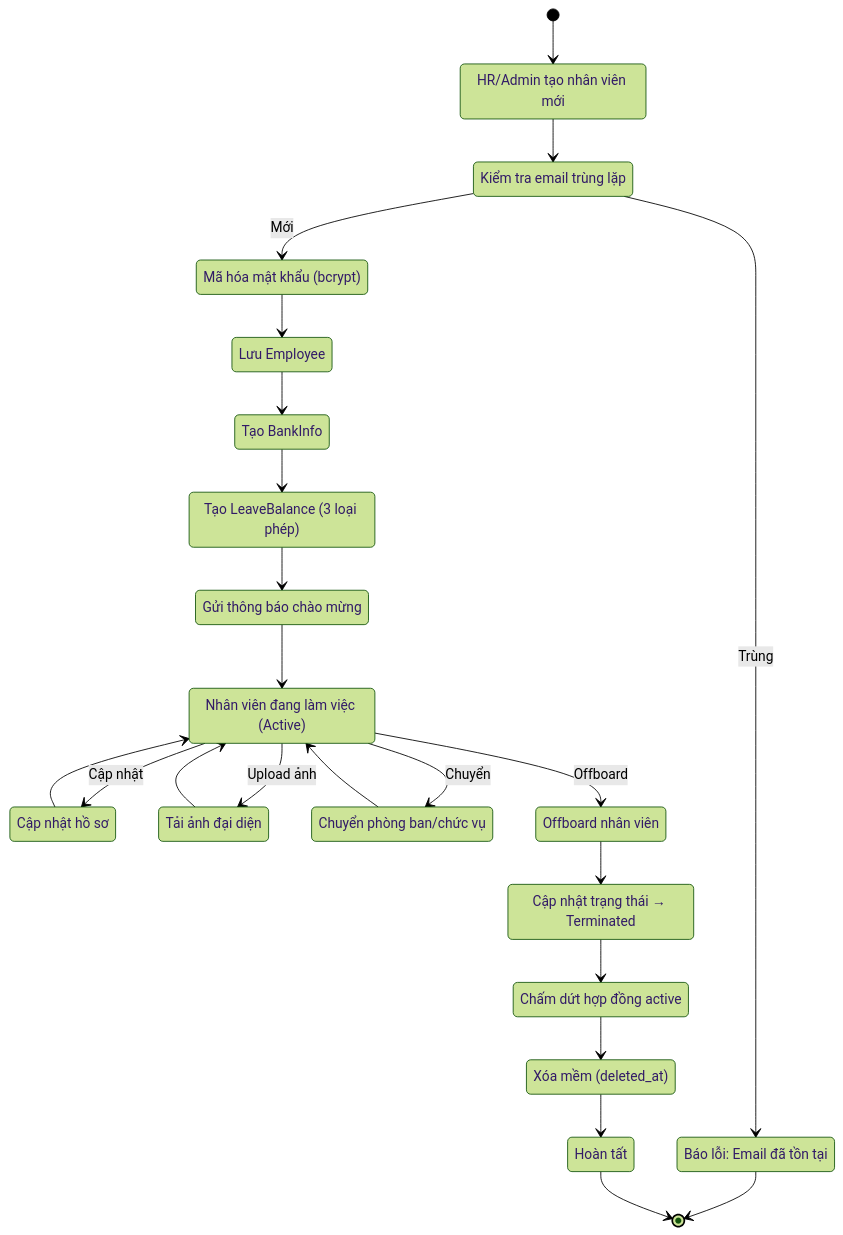
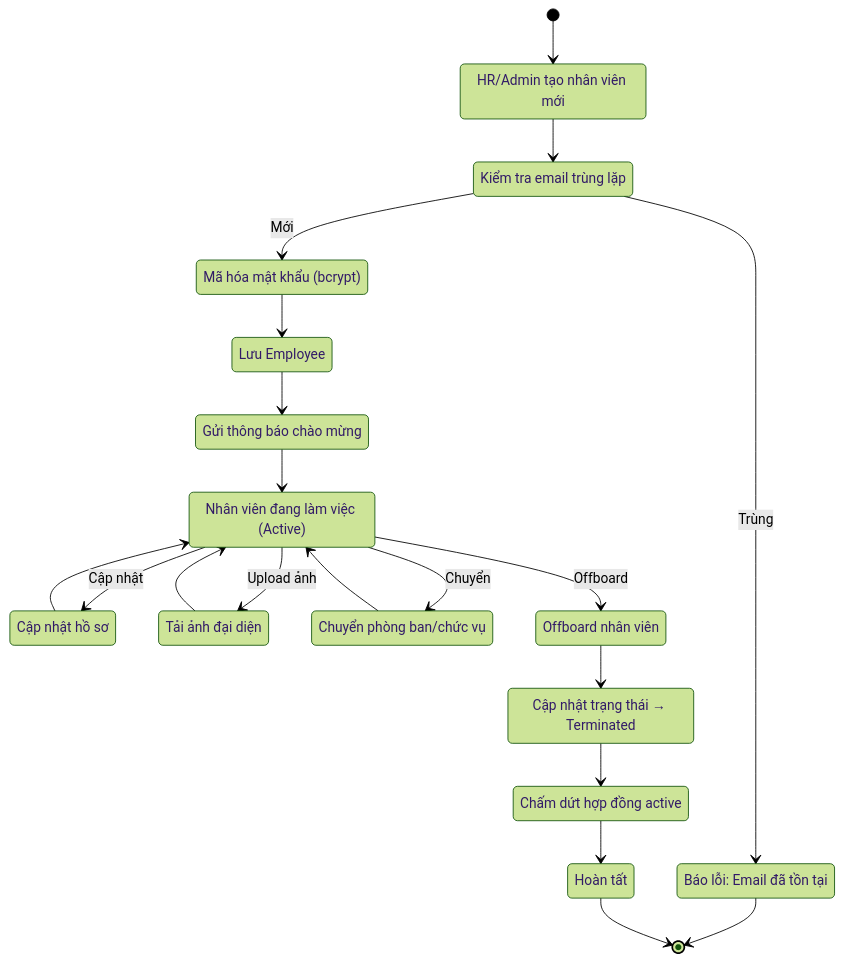
One commit to Luo-Zhii/HRM-Gene changed the tenth of 16 diagrams in docs/activity-diagram.md. Above: the diagram before and after it, drawn with Mermaid (forest theme). The commit also changed other lines of this file and 2 other files, not shown here.

````diff
--- a/docs/activity-diagram.md
+++ b/docs/activity-diagram.md
@@ -446,46 +446,40 @@
 ```mermaid
 stateDiagram-v2
     state "HR/Admin tạo nhân viên mới" as create_emp
     state "Kiểm tra email trùng lặp" as check_email
     state "Báo lỗi: Email đã tồn tại" as email_exists
     state "Mã hóa mật khẩu (bcrypt)" as hash_pwd
     state "Lưu Employee" as save_emp
-    state "Tạo BankInfo" as create_bank
-    state "Tạo LeaveBalance (3 loại phép)" as create_balance
     state "Gửi thông báo chào mừng" as welcome_notif
     state "Nhân viên đang làm việc (Active)" as active
     state "Cập nhật hồ sơ" as update_profile
     state "Tải ảnh đại diện" as upload_avatar
     state "Chuyển phòng ban/chức vụ" as transfer
     state "Offboard nhân viên" as offboard
     state "Cập nhật trạng thái → Terminated" as set_terminated
     state "Chấm dứt hợp đồng active" as end_contracts
-    state "Xóa mềm (deleted_at)" as soft_delete
     state "Hoàn tất" as done
 
     [*] --> create_emp
     create_emp --> check_email
     check_email --> email_exists : Trùng
     check_email --> hash_pwd : Mới
     email_exists --> [*]
     hash_pwd --> save_emp
-    save_emp --> create_bank
-    create_bank --> create_balance
-    create_balance --> welcome_notif
+    save_emp --> welcome_notif
     welcome_notif --> active
 
     active --> update_profile : Cập nhật
     active --> upload_avatar : Upload ảnh
     active --> transfer : Chuyển
     active --> offboard : Offboard
 
     update_profile --> active
     upload_avatar --> active
     transfer --> active
 
     offboard --> set_terminated
     set_terminated --> end_contracts
-    end_contracts --> soft_delete
-    soft_delete --> done
+    end_contracts --> done
     done --> [*]
 ```
````
